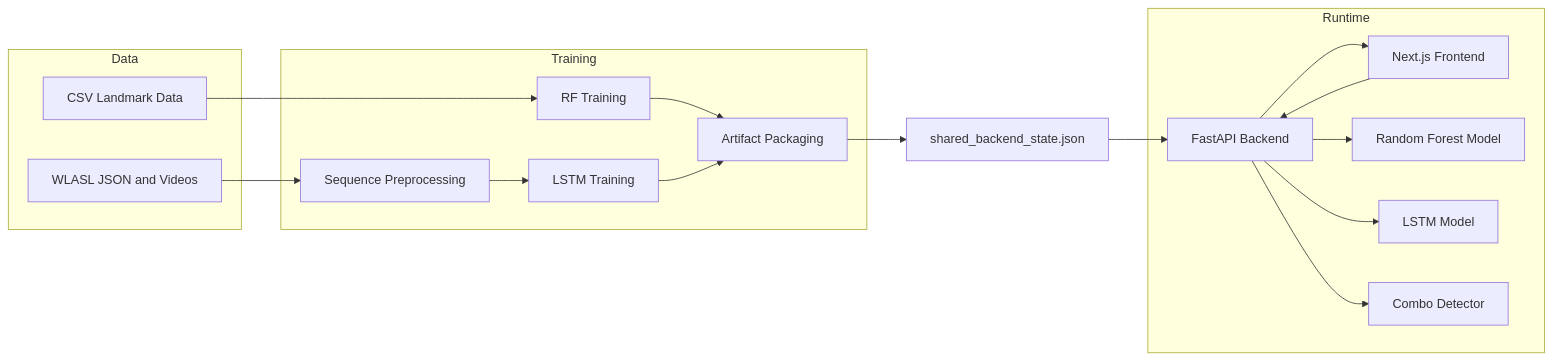
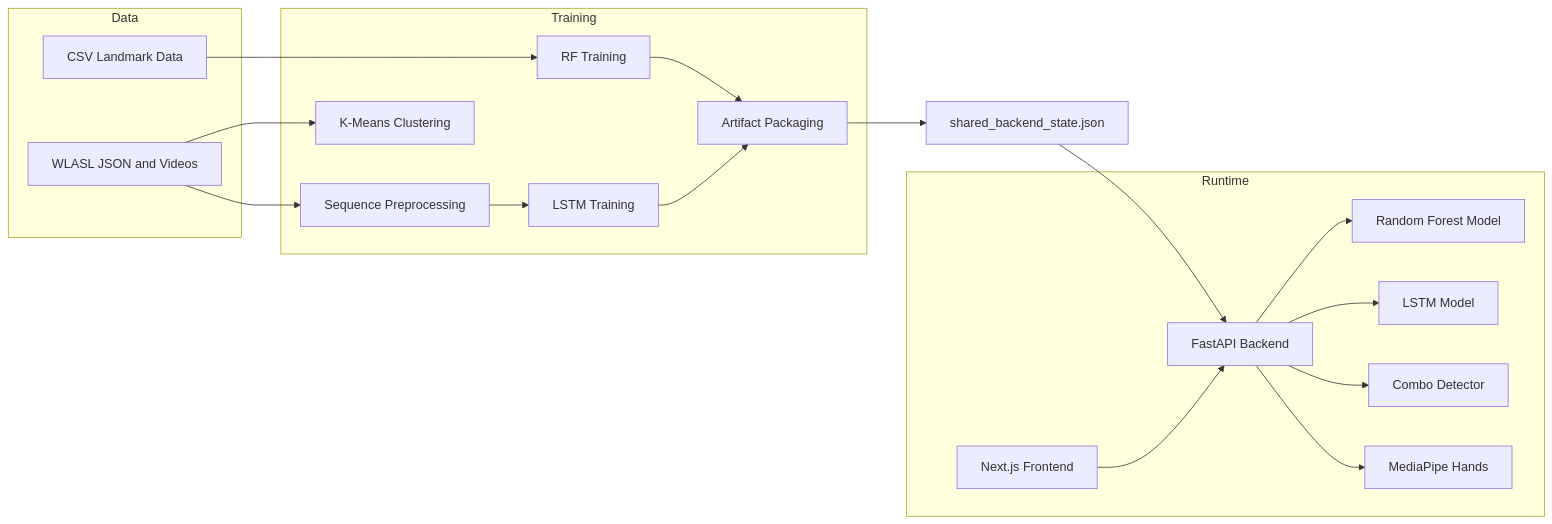
Before and after one commit to RishiStudies/hand_sign_detection_dynamic: the first of 2 diagrams in README.md, drawn with Mermaid. The commit also changed other lines of this file and 87 other files, not shown here.

````diff
--- a/README.md
+++ b/README.md
@@ -219,34 +252,37 @@
 ```mermaid
 flowchart LR
   subgraph Data
     CSV[CSV Landmark Data]
     WLASL[WLASL JSON and Videos]
   end
 
   subgraph Training
     RFTRAIN[RF Training]
     PREP[Sequence Preprocessing]
     LSTMTRAIN[LSTM Training]
+    CLUSTER[K-Means Clustering]
     PACKAGE[Artifact Packaging]
   end
 
   subgraph Runtime
     UI[Next.js Frontend]
     API[FastAPI Backend]
     RF[Random Forest Model]
     LSTM[LSTM Model]
     COMBO[Combo Detector]
+    MEDIAPIPE[MediaPipe Hands]
   end
 
   CSV --> RFTRAIN
   WLASL --> PREP --> LSTMTRAIN
+  WLASL --> CLUSTER
   RFTRAIN --> PACKAGE
   LSTMTRAIN --> PACKAGE
   PACKAGE --> STATE[shared_backend_state.json]
   STATE --> API
   API --> RF
   API --> LSTM
   API --> COMBO
+  API --> MEDIAPIPE
   UI --> API
-  API --> UI
 ```
````
